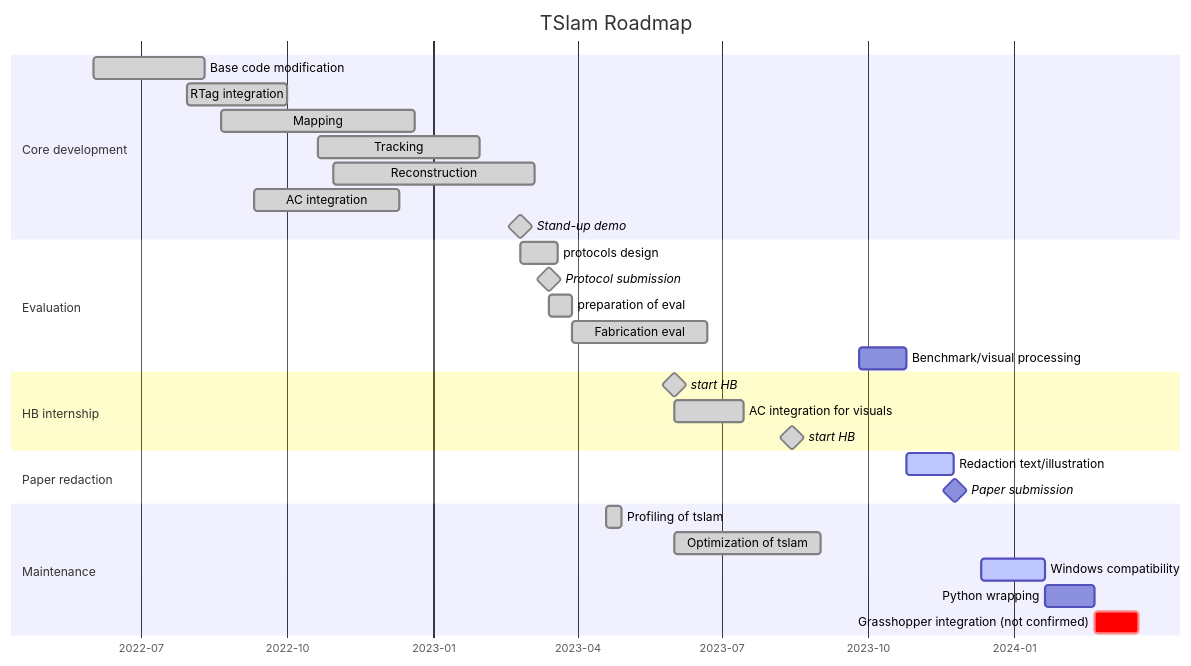
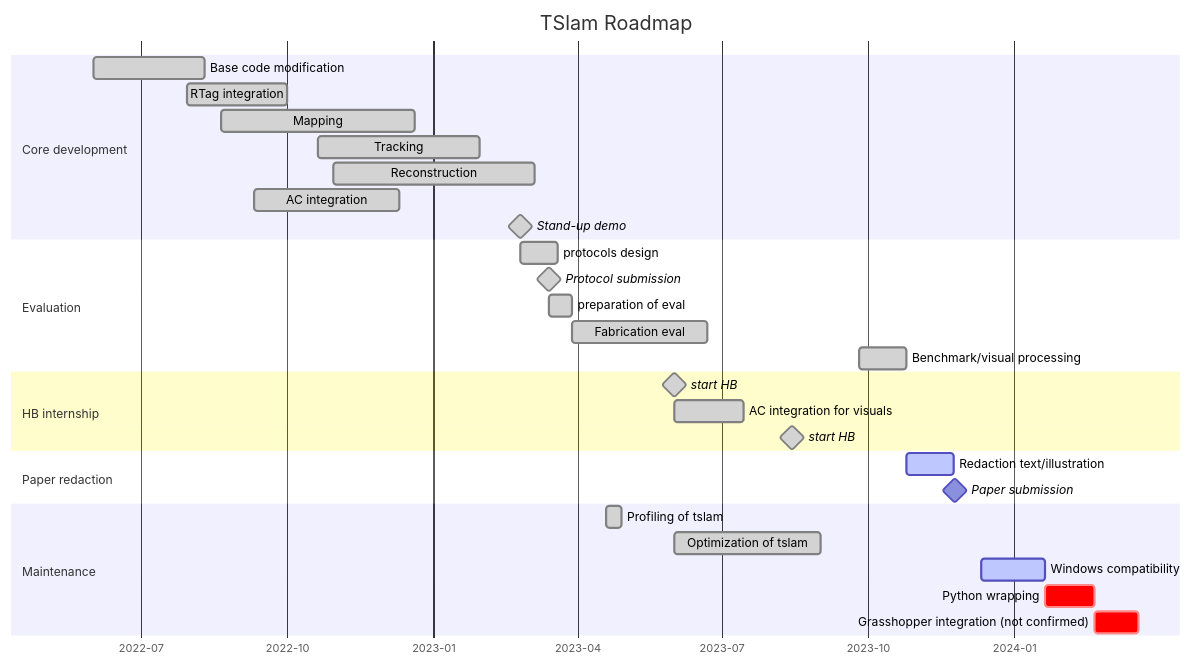
The diagram in README.md (ibois-epfl/TSlam), drawn with Mermaid before and after one commit.

Commit message:
UPDATE: planning

````diff
--- a/README.md
+++ b/README.md
@@ -351,38 +351,38 @@
 ```mermaid
 gantt
     dateFormat  YYYY-MM-DD
     title       TSlam Roadmap
     axisFormat %Y-%m
 
     section Core development
     Base code modification          :done, ucm, 2022-06-01, 2022-08-10
     RTag integration                :done, rti, 2022-07-30, 2022-10-01
     Mapping                         :done, map, 2022-08-20, 2022-12-20
     Tracking                        :done, trck, 2022-10-20, 2023-01-30
     Reconstruction                  :done, rec, 2022-10-30, 2023-03-05
     AC integration                  :done, aci, 2022-09-10, 2022-12-10
     Stand-up demo                   :milestone, done, 2023-02-24, 0d
 
     section Evaluation
     protocols design                :done, ptrd, 2023-02-24, 2023-03-20
     Protocol submission             :milestone, done, 2023-03-14, 0d
     preparation of eval             :done, 15d
     Fabrication eval                :done, 85d
-    Benchmark/visual processing     :bvpr, 2023-09-25, 30d
+    Benchmark/visual processing     :done, bvpr, 2023-09-25, 30d
     
     section HB internship
     start HB                        :milestone, done, 2023-06-01,
     AC integration for visuals      :done, 2023-06-01, 2023-07-15
     start HB                        :milestone, done, 2023-08-14,
 
     section Paper redaction
     Redaction text/illustration     :active, pprd, after bvpr, 30d
     Paper submission                :milestone, after pprd, 1d
     
     section Maintenance
     Profiling of tslam                  :done, opti, 2023-04-19, 10d
     Optimization of tslam               :done, 2023-06-01, 2023-09-01
     Windows compatibility               :active, wincomp, 2023-12-11, 2024-01-20
-    Python wrapping                     :pywrap, 2024-01-20, 2024-02-20
+    Python wrapping                     :crit, pywrap, 2024-01-20, 2024-02-20
     Grasshopper integration (not confirmed)  :crit, after pywrap, 4w
 ```
````
